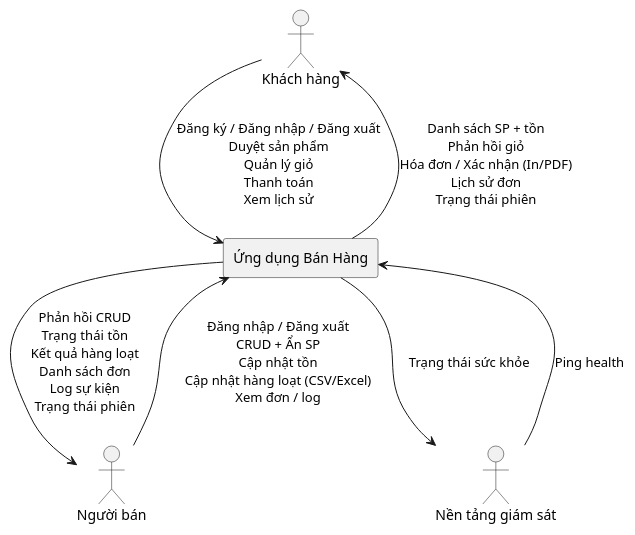
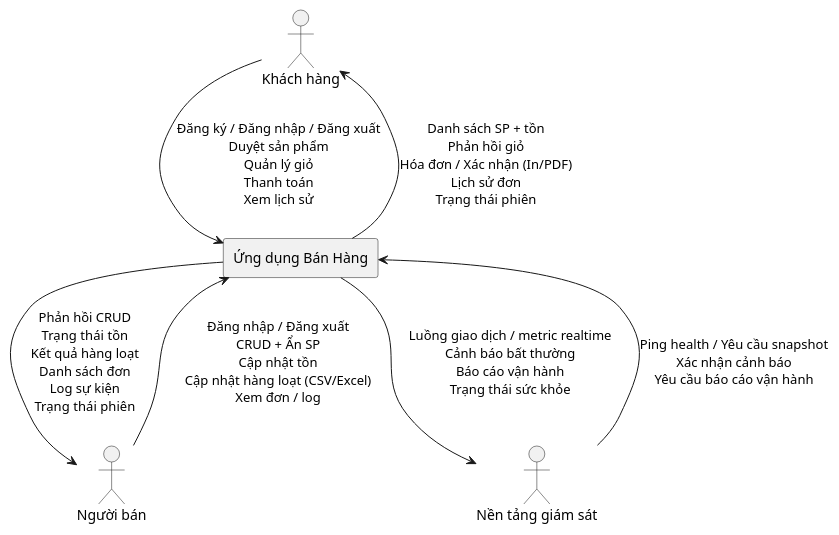
One commit to KhoaNguyen01004/QuanLyBanHang changed the diagram in Diagrams/software_dfd_level0.puml. Above: the diagram before and after it, drawn with PlantUML. The commit also changed 6 other files, not shown here.

```diff
--- a/Diagrams/software_dfd_level0.puml
+++ b/Diagrams/software_dfd_level0.puml
@@ -1,12 +1,12 @@
 @startuml DFD_Level_0
 actor "Khách hàng" as Customer
 actor "Người bán" as Merchant
 actor "Nền tảng giám sát" as Monitor
 rectangle "Ứng dụng Bán Hàng" as System
 Customer --> System : Đăng ký / Đăng nhập / Đăng xuất\nDuyệt sản phẩm\nQuản lý giỏ\nThanh toán\nXem lịch sử
 System --> Customer : Danh sách SP + tồn\nPhản hồi giỏ\nHóa đơn / Xác nhận (In/PDF)\nLịch sử đơn\nTrạng thái phiên
 Merchant --> System : Đăng nhập / Đăng xuất\nCRUD + Ẩn SP\nCập nhật tồn\nCập nhật hàng loạt (CSV/Excel)\nXem đơn / log
 System --> Merchant : Phản hồi CRUD\nTrạng thái tồn\nKết quả hàng loạt\nDanh sách đơn\nLog sự kiện\nTrạng thái phiên
-Monitor --> System : Ping health
-System --> Monitor : Trạng thái sức khỏe
+Monitor --> System : Ping health / Yêu cầu snapshot\nXác nhận cảnh báo\nYêu cầu báo cáo vận hành
+System --> Monitor : Luồng giao dịch / metric realtime\nCảnh báo bất thường\nBáo cáo vận hành\nTrạng thái sức khỏe
 @enduml
```
